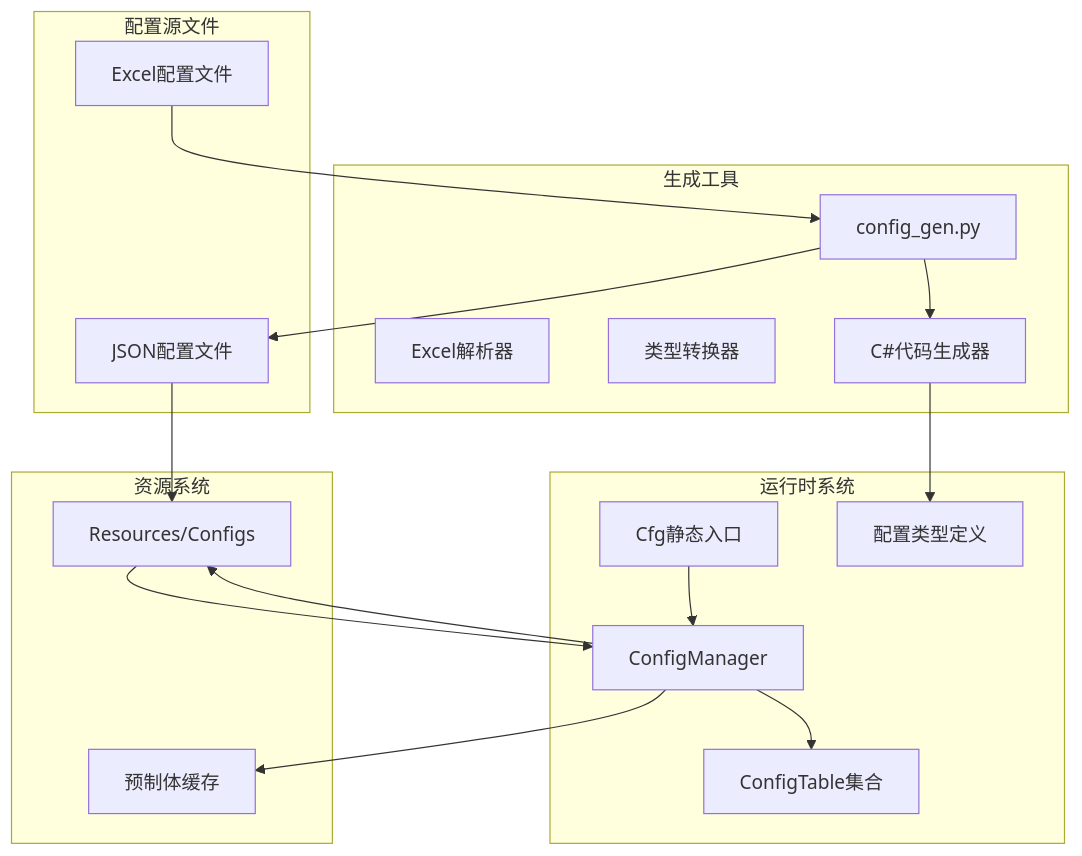
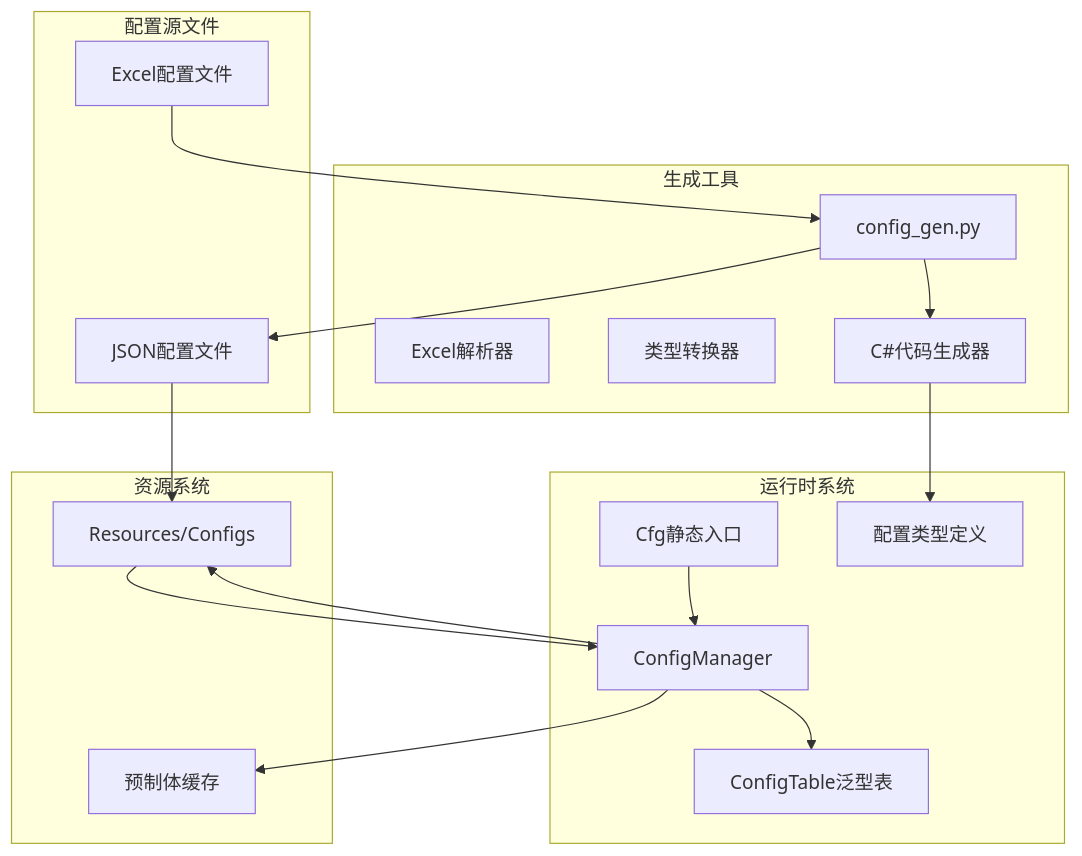
Before and after one commit to Tuusen/p1_client: the first of 8 diagrams in .qoder/repowiki/zh/content/Old Configuration System.md, drawn with Mermaid. The commit also changed other lines of this file and 29 other files, not shown here.

````diff
--- a/.qoder/repowiki/zh/content/Old Configuration System.md
+++ b/.qoder/repowiki/zh/content/Old Configuration System.md
@@ -43,33 +54,33 @@
 ```mermaid
 graph TB
 subgraph "配置源文件"
 Excel[Excel配置文件]
 JSON[JSON配置文件]
 end
 subgraph "生成工具"
 Generator[config_gen.py]
 Parser[Excel解析器]
 Converter[类型转换器]
 CSharpGen[C#代码生成器]
 end
 subgraph "运行时系统"
 Cfg[Cfg静态入口]
 Manager[ConfigManager]
-Tables[ConfigTable集合]
+Tables[ConfigTable泛型表]
 Types[配置类型定义]
 end
 subgraph "资源系统"
 Resources[Resources/Configs]
 Prefabs[预制体缓存]
 end
 Excel --> Generator
 JSON --> Resources
 Generator --> JSON
 Generator --> CSharpGen
 CSharpGen --> Types
 Cfg --> Manager
 Manager --> Tables
 Manager --> Resources
 Manager --> Prefabs
 Resources --> Manager
 ```
````
